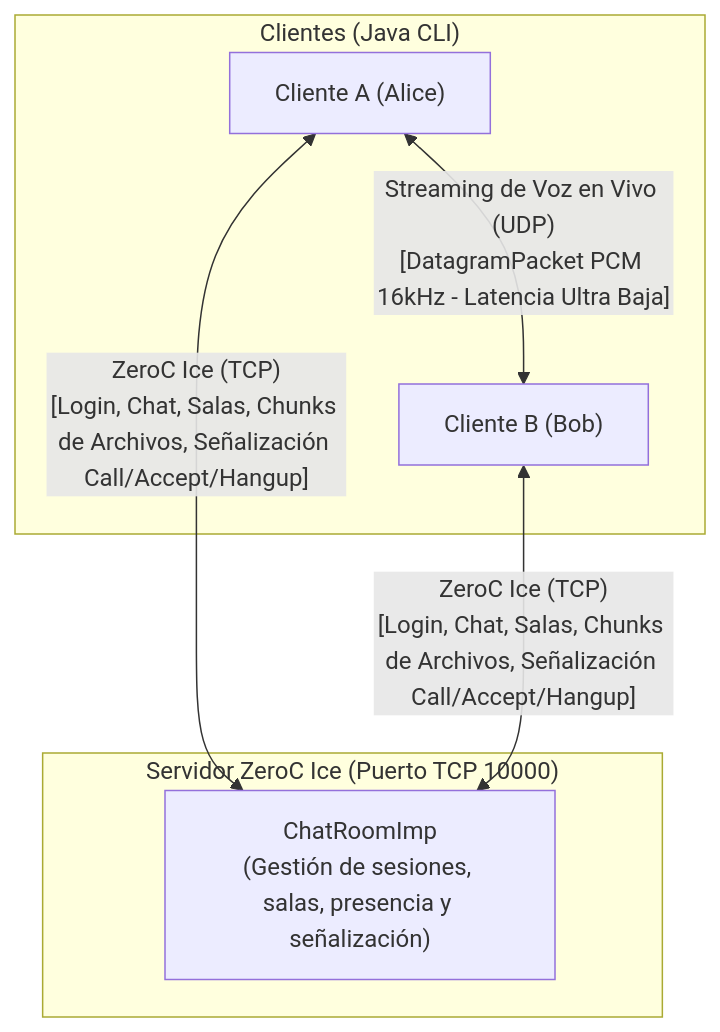
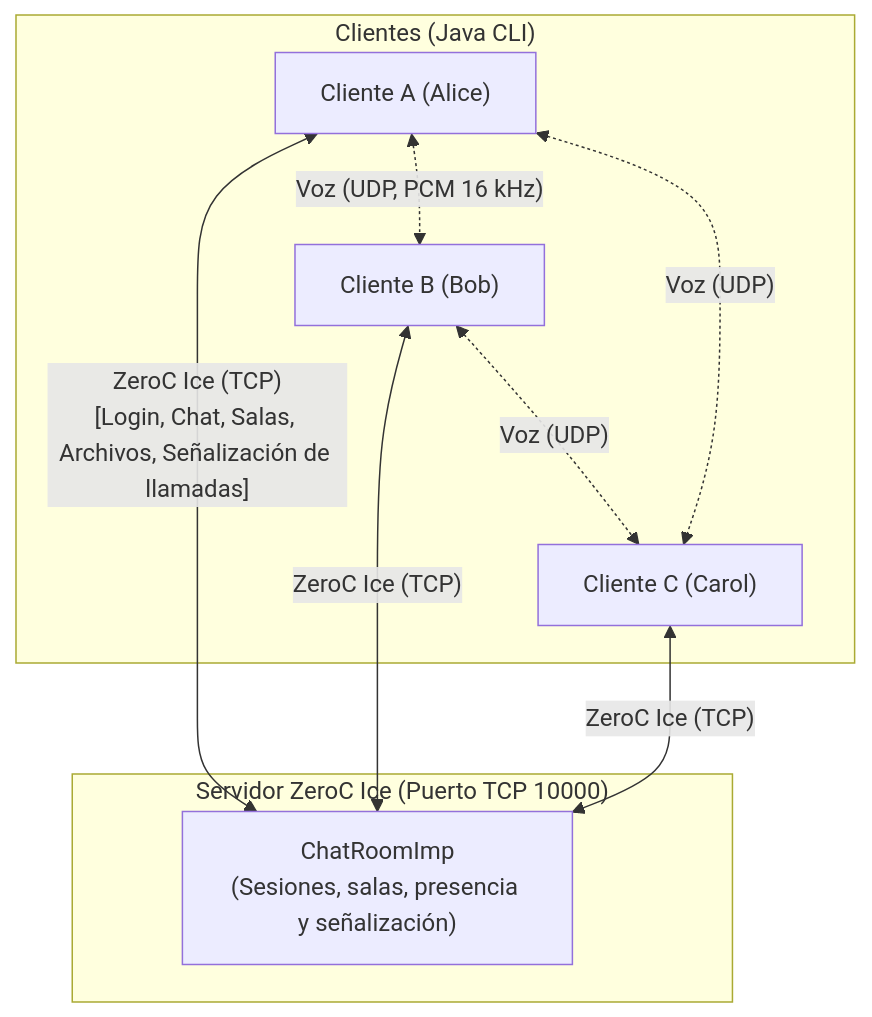
The diagram in README.md (TeoryMan143/taller-chat), drawn with Mermaid before and after one commit. The commit also changed other lines of this file and 18 other files, not shown here.

````diff
--- a/README.md
+++ b/README.md
@@ -19,13 +38,17 @@
 ```mermaid
 flowchart TD
     subgraph Clientes ["Clientes (Java CLI)"]
         A["Cliente A (Alice)"]
         B["Cliente B (Bob)"]
+        C["Cliente C (Carol)"]
     end
     subgraph ServidorIce ["Servidor ZeroC Ice (Puerto TCP 10000)"]
-        S["ChatRoomImp\n(Gestión de sesiones, salas, presencia y señalización)"]
+        S["ChatRoomImp\n(Sesiones, salas, presencia y señalización)"]
     end
-    A <-- "ZeroC Ice (TCP)\n[Login, Chat, Salas, Chunks de Archivos, Señalización Call/Accept/Hangup]" --> S
-    B <-- "ZeroC Ice (TCP)\n[Login, Chat, Salas, Chunks de Archivos, Señalización Call/Accept/Hangup]" --> S
-    A <-- "Streaming de Voz en Vivo (UDP)\n[DatagramPacket PCM 16kHz - Latencia Ultra Baja]" --> B
+    A <-- "ZeroC Ice (TCP)\n[Login, Chat, Salas, Archivos, Señalización de llamadas]" --> S
+    B <-- "ZeroC Ice (TCP)" --> S
+    C <-- "ZeroC Ice (TCP)" --> S
+    A <-. "Voz (UDP, PCM 16 kHz)" .-> B
+    B <-. "Voz (UDP)" .-> C
+    A <-. "Voz (UDP)" .-> C
 ```
````
